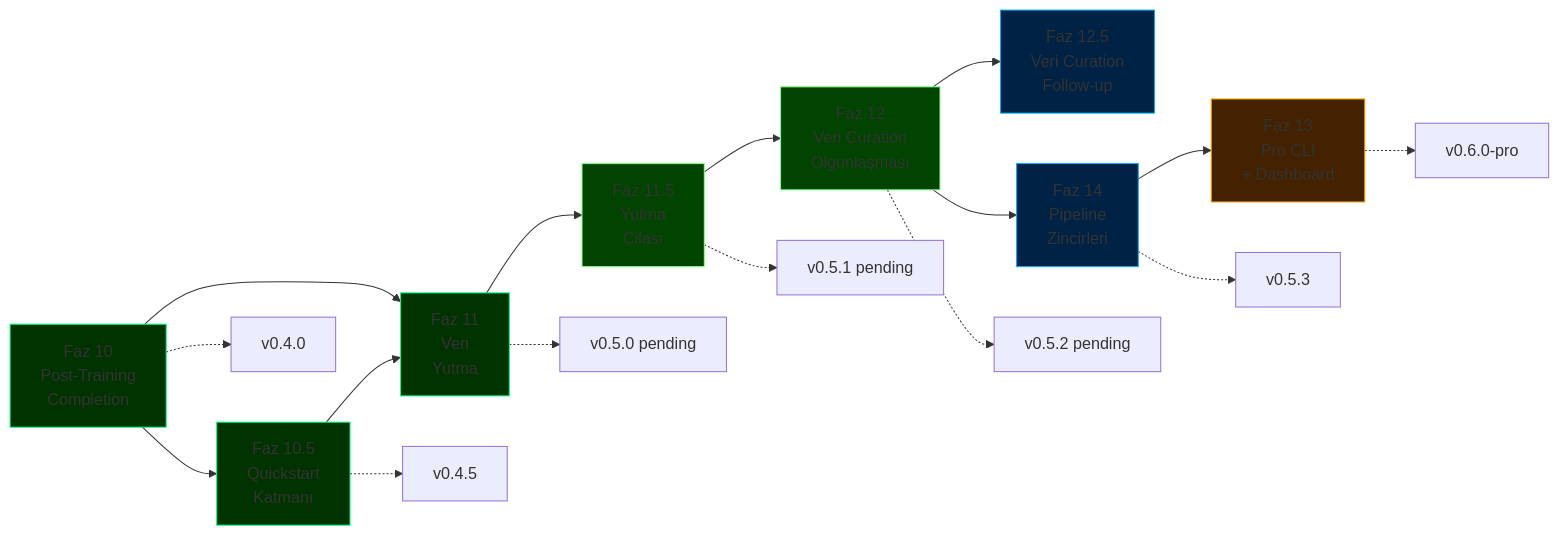
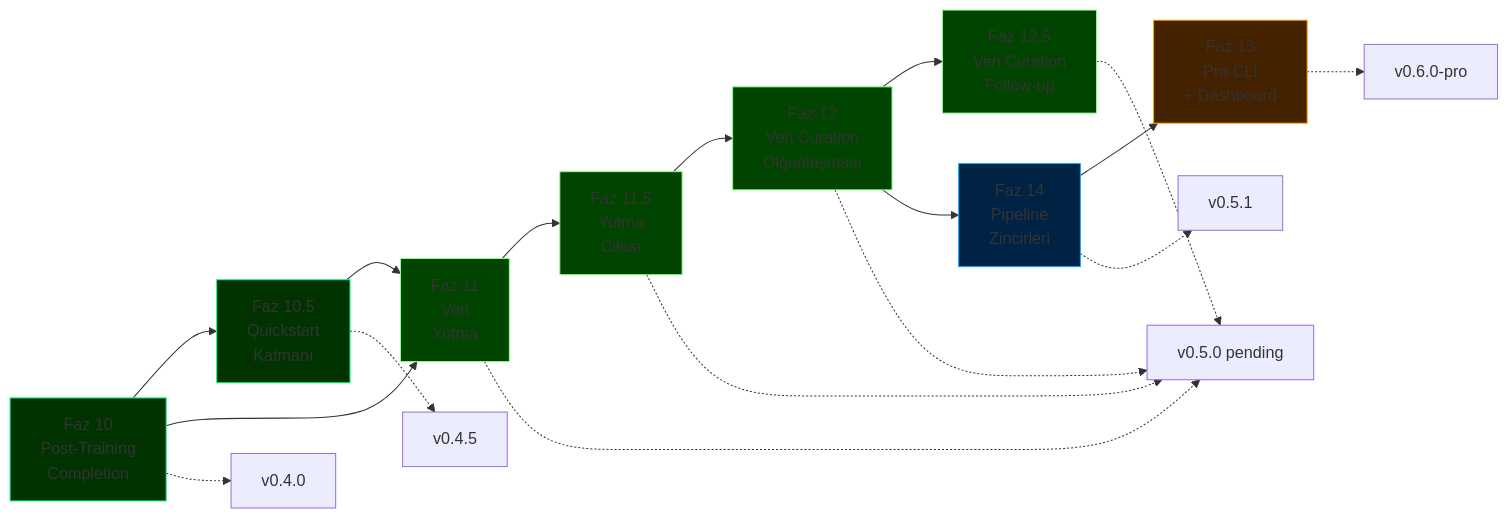
One commit to cemililik/ForgeLM changed the diagram in docs/roadmap-tr.md. Above: the diagram before and after it, drawn with Mermaid. The commit also changed other lines of this file and 17 other files, not shown here.

````diff
--- a/docs/roadmap-tr.md
+++ b/docs/roadmap-tr.md
@@ -33,28 +35,29 @@
 ```mermaid
 graph LR
     P10[Faz 10<br/>Post-Training<br/>Completion] --> P105[Faz 10.5<br/>Quickstart<br/>Katmanı]
     P10 --> P11[Faz 11<br/>Veri<br/>Yutma]
     P105 --> P11
     P11 --> P115[Faz 11.5<br/>Yutma<br/>Cilası]
     P115 --> P12[Faz 12<br/>Veri Curation<br/>Olgunlaşması]
     P12 --> P125[Faz 12.5<br/>Veri Curation<br/>Follow-up]
     P12 --> P14[Faz 14<br/>Pipeline<br/>Zincirleri]
     P14 --> P13[Faz 13<br/>Pro CLI<br/>+ Dashboard]
 
     P10 -.-> V1[v0.4.0]
     P105 -.-> V15[v0.4.5]
     P11 -.-> V2[v0.5.0 pending]
-    P115 -.-> V21[v0.5.1 pending]
-    P12 -.-> V22[v0.5.2 pending]
-    P14 -.-> V23[v0.5.3]
+    P115 -.-> V2
+    P12 -.-> V2
+    P125 -.-> V2
+    P14 -.-> V23[v0.5.1]
     P13 -.-> V3[v0.6.0-pro]
 
     style P10 fill:#003300,stroke:#00ff88
     style P105 fill:#003300,stroke:#00ff88
-    style P11 fill:#003300,stroke:#00ff88
+    style P11 fill:#004400,stroke:#88ff88
     style P115 fill:#004400,stroke:#88ff88
     style P12 fill:#004400,stroke:#88ff88
-    style P125 fill:#002244,stroke:#00aaff
+    style P125 fill:#004400,stroke:#88ff88
     style P14 fill:#002244,stroke:#00aaff
     style P13 fill:#442200,stroke:#ffaa00
 ```
````
